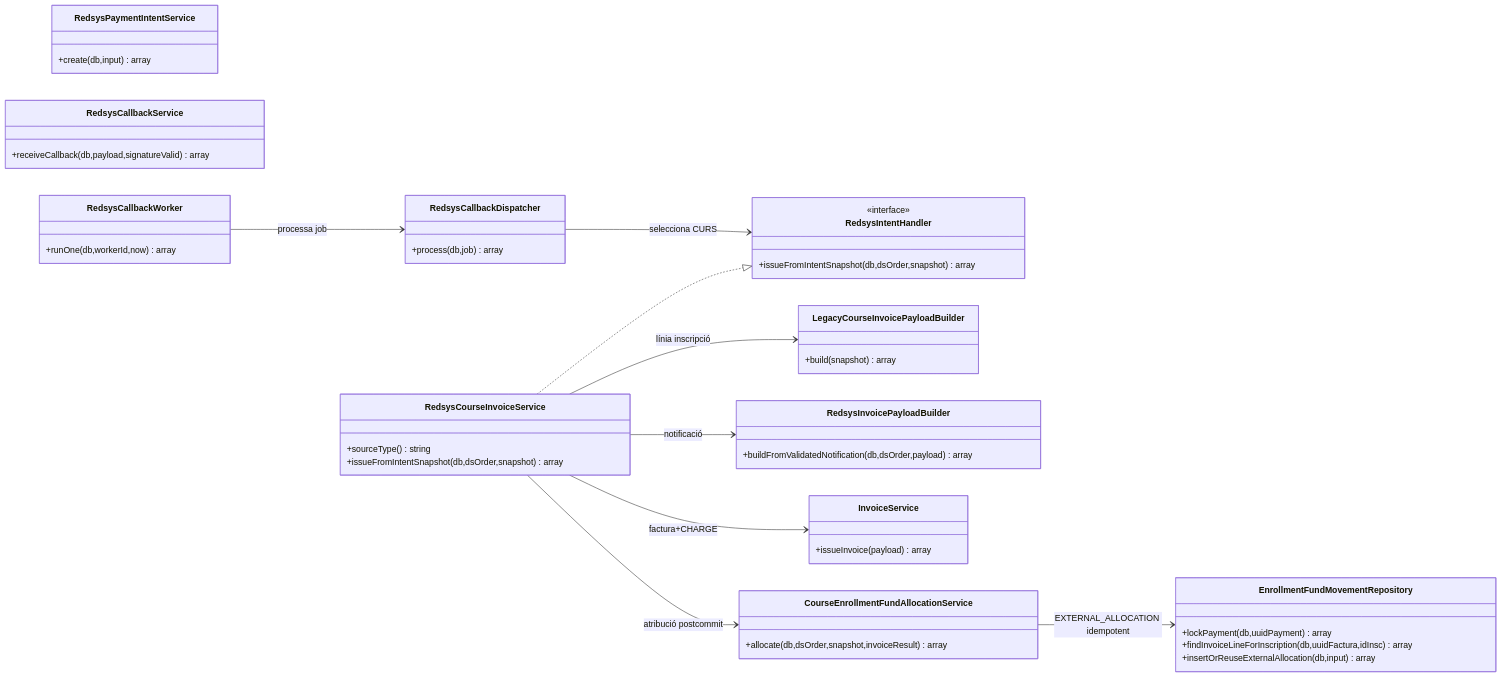
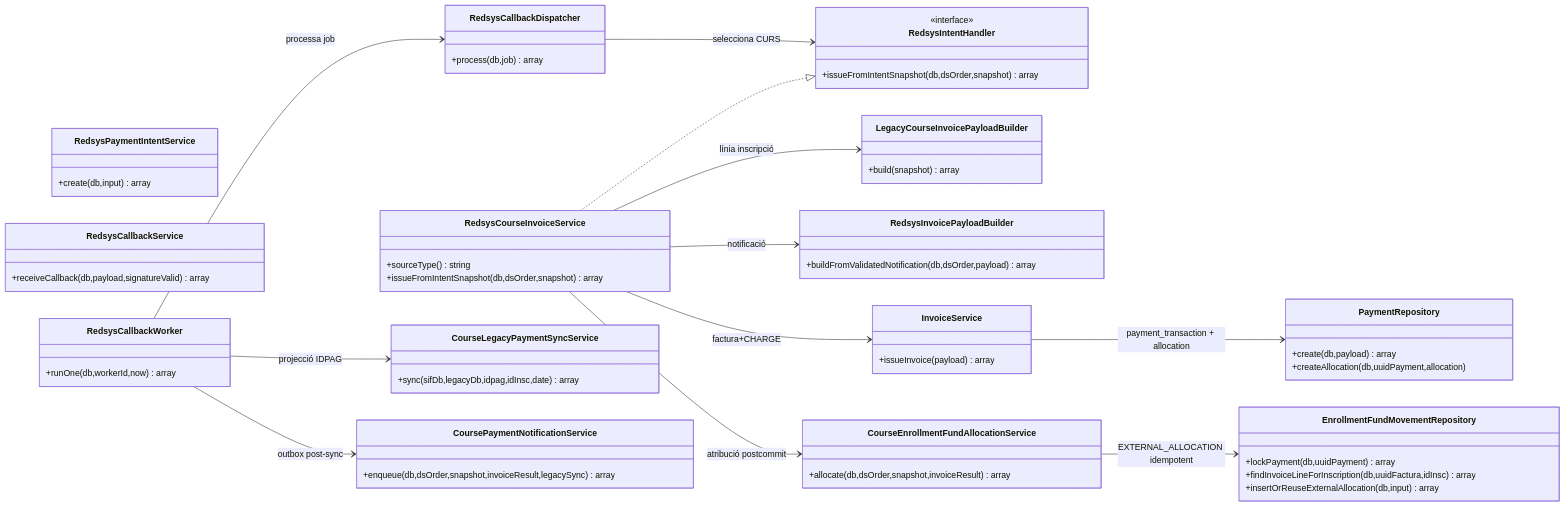
Before and after one commit to orgmeriemprismacat-del/verifactu: the third of 4 diagrams in documentacio/07-uml-integrat/uc-014-comprar-curs-redsys.md, drawn with Mermaid. The commit also changed other lines of this file and 58 other files, not shown here.

````diff
--- a/documentacio/07-uml-integrat/uc-014-comprar-curs-redsys.md
+++ b/documentacio/07-uml-integrat/uc-014-comprar-curs-redsys.md
@@ -90,49 +90,62 @@
 ```mermaid
 classDiagram
 direction LR
 class RedsysPaymentIntentService {
  +create(db,input) array
 }
 class RedsysCallbackService {
  +receiveCallback(db,payload,signatureValid) array
 }
 class RedsysCallbackWorker {
  +runOne(db,workerId,now) array
 }
 class RedsysCallbackDispatcher {
  +process(db,job) array
 }
 class RedsysIntentHandler {
  <<interface>>
  +issueFromIntentSnapshot(db,dsOrder,snapshot) array
 }
 class RedsysCourseInvoiceService {
  +sourceType() string
  +issueFromIntentSnapshot(db,dsOrder,snapshot) array
 }
 class LegacyCourseInvoicePayloadBuilder {
  +build(snapshot) array
 }
 class RedsysInvoicePayloadBuilder {
  +buildFromValidatedNotification(db,dsOrder,payload) array
 }
 class InvoiceService {
  +issueInvoice(payload) array
 }
+class PaymentRepository {
+ +create(db,payload) array
+ +createAllocation(db,uuidPayment,allocation)
+}
 class CourseEnrollmentFundAllocationService {
  +allocate(db,dsOrder,snapshot,invoiceResult) array
 }
 class EnrollmentFundMovementRepository {
  +lockPayment(db,uuidPayment) array
  +findInvoiceLineForInscription(db,uuidFactura,idInsc) array
  +insertOrReuseExternalAllocation(db,input) array
 }
+class CourseLegacyPaymentSyncService {
+ +sync(sifDb,legacyDb,idpag,idInsc,date) array
+}
+class CoursePaymentNotificationService {
+ +enqueue(db,dsOrder,snapshot,invoiceResult,legacySync) array
+}
 RedsysCallbackWorker --> RedsysCallbackDispatcher : processa job
 RedsysCallbackDispatcher --> RedsysIntentHandler : selecciona CURS
 RedsysCourseInvoiceService ..|> RedsysIntentHandler
 RedsysCourseInvoiceService --> LegacyCourseInvoicePayloadBuilder : línia inscripció
 RedsysCourseInvoiceService --> RedsysInvoicePayloadBuilder : notificació
 RedsysCourseInvoiceService --> InvoiceService : factura+CHARGE
+InvoiceService --> PaymentRepository : payment_transaction + allocation
 RedsysCourseInvoiceService --> CourseEnrollmentFundAllocationService : atribució postcommit
 CourseEnrollmentFundAllocationService --> EnrollmentFundMovementRepository : EXTERNAL_ALLOCATION idempotent
+RedsysCallbackWorker --> CourseLegacyPaymentSyncService : projecció IDPAG
+RedsysCallbackWorker --> CoursePaymentNotificationService : outbox post-sync
 ```
````
